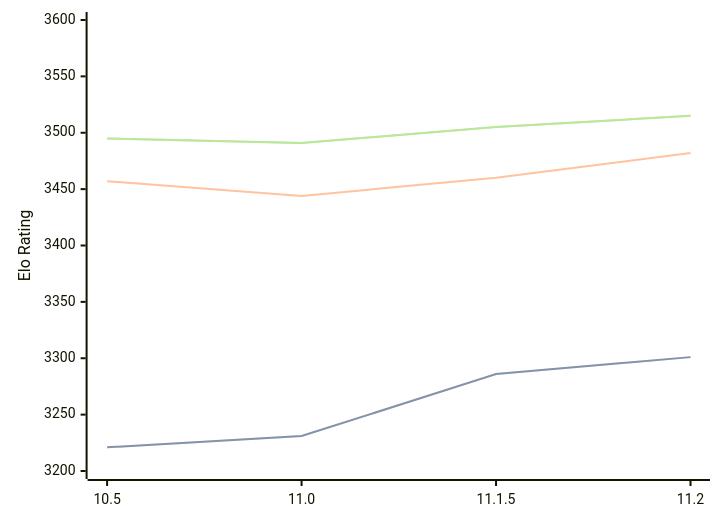
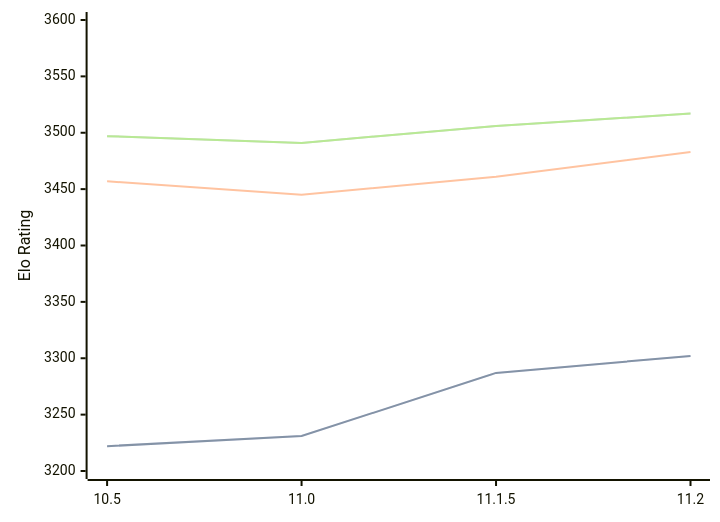
The diagram in engines/Lizard.md (computer-chess-index/cci), drawn with Mermaid before and after one commit. The commit also changed other lines of this file, not shown here.

Commit message:
Update CCI Ratings (ELO VLTC) - 2026-08-26

````diff
--- a/engines/Lizard.md
+++ b/engines/Lizard.md
@@ -34,11 +34,11 @@
 ```mermaid
 %%{init: {"theme":"base","themeVariables":{"seriesColors:['#a3a3a3','#222221','#faa371']}}}%%
 xychart-beta
   x-axis ["10.5", "11.0", "11.1.5", "11.2"]
   y-axis "Elo Rating" 3200 --> 3600
-  line "STC (8.0+0.08s)" [3221, 3231, 3286, 3301]
-  line "STC (8.0+0.08s)" [3221, 3231, 3286, 3301]
-  line "LTC (60.0+0.60s)" [3457, 3444, 3460, 3482]
-  line "VLTC (2m24s+1.12s)" [3495, 3491, 3505, 3515]
-  line "VLTC (2m24s+1.12s)" [3495, 3491, 3505, 3515]
+  line "STC (8.0+0.08s)" [3222, 3231, 3287, 3302]
+  line "STC (8.0+0.08s)" [3222, 3231, 3287, 3302]
+  line "LTC (60.0+0.60s)" [3457, 3445, 3461, 3483]
+  line "VLTC (2m24s+1.12s)" [3497, 3491, 3506, 3517]
+  line "VLTC (2m24s+1.12s)" [3497, 3491, 3506, 3517]
 ```
````
